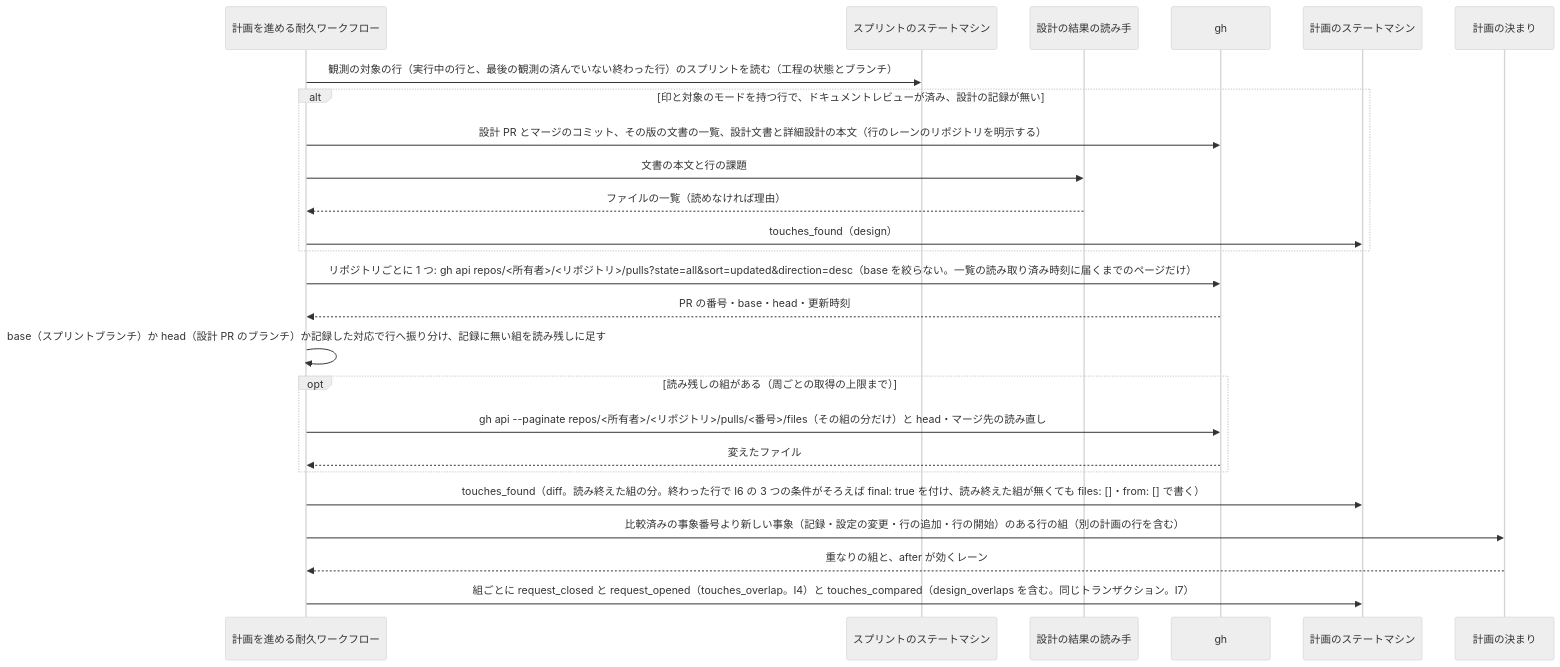
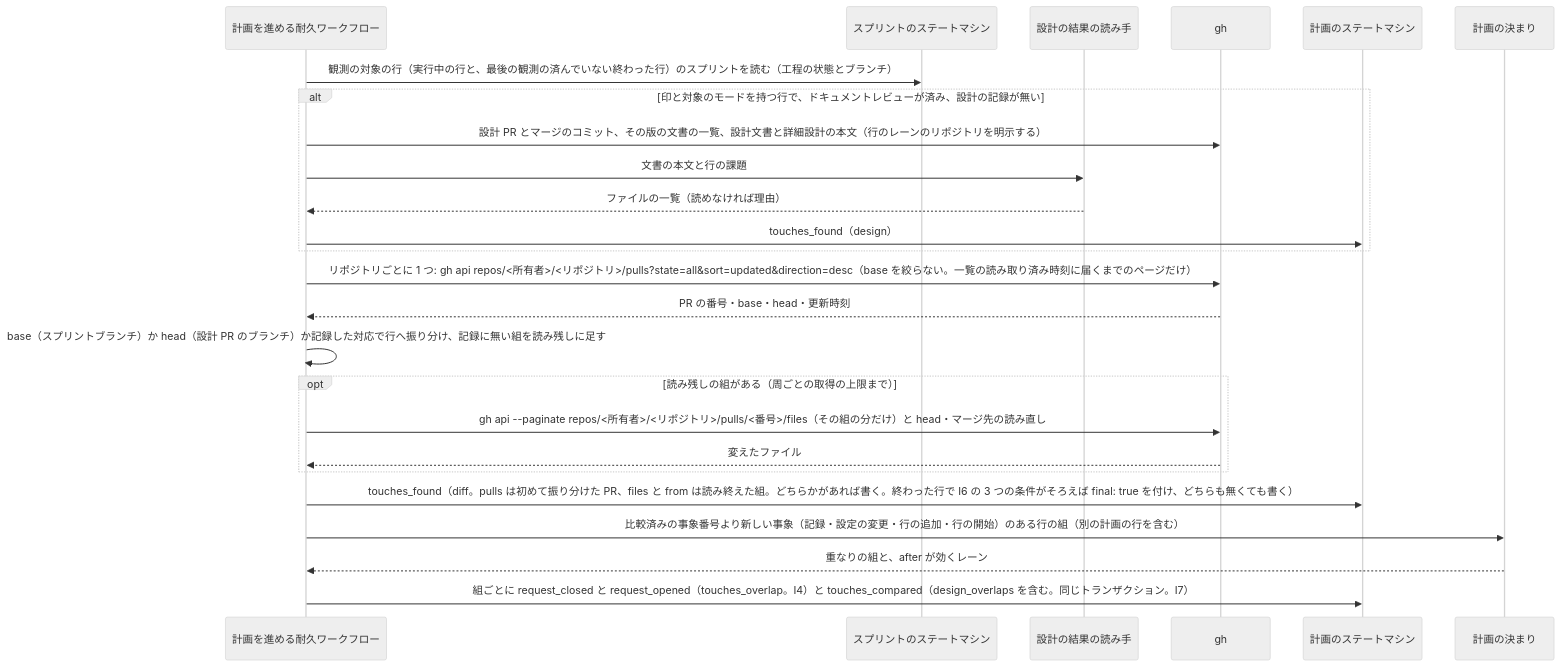
Before and after one commit to devbasex/ai-plugins: the fourth of 5 diagrams in issues/issue-4295-2037-design.md, drawn with Mermaid (neutral theme). The commit also changed other lines of this file and 1 other file, not shown here.

````diff
--- a/issues/issue-4295-2037-design.md
+++ b/issues/issue-4295-2037-design.md
@@ -376,27 +378,27 @@
 ```mermaid
 sequenceDiagram
     participant RUN as 計画を進める耐久ワークフロー
     participant SP as スプリントのステートマシン
     participant DR as 設計の結果の読み手
     participant GH as gh
     participant PL as 計画のステートマシン
     participant RU as 計画の決まり
     RUN->>SP: 観測の対象の行（実行中の行と、最後の観測の済んでいない終わった行）のスプリントを読む（工程の状態とブランチ）
     alt 印と対象のモードを持つ行で、ドキュメントレビューが済み、設計の記録が無い
         RUN->>GH: 設計 PR とマージのコミット、その版の文書の一覧、設計文書と詳細設計の本文（行のレーンのリポジトリを明示する）
         RUN->>DR: 文書の本文と行の課題
         DR-->>RUN: ファイルの一覧（読めなければ理由）
         RUN->>PL: touches_found（design）
     end
     RUN->>GH: リポジトリごとに 1 つ: gh api repos/<所有者>/<リポジトリ>/pulls?state=all&sort=updated&direction=desc（base を絞らない。一覧の読み取り済み時刻に届くまでのページだけ）
     GH-->>RUN: PR の番号・base・head・更新時刻
     RUN->>RUN: base（スプリントブランチ）か head（設計 PR のブランチ）か記録した対応で行へ振り分け、記録に無い組を読み残しに足す
     opt 読み残しの組がある（周ごとの取得の上限まで）
         RUN->>GH: gh api --paginate repos/<所有者>/<リポジトリ>/pulls/<番号>/files（その組の分だけ）と head・マージ先の読み直し
         GH-->>RUN: 変えたファイル
     end
-    RUN->>PL: touches_found（diff。読み終えた組の分。終わった行で I6 の 3 つの条件がそろえば final: true を付け、読み終えた組が無くても files: []・from: [] で書く）
+    RUN->>PL: touches_found（diff。pulls は初めて振り分けた PR、files と from は読み終えた組。どちらかがあれば書く。終わった行で I6 の 3 つの条件がそろえば final: true を付け、どちらも無くても書く）
     RUN->>RU: 比較済みの事象番号より新しい事象（記録・設定の変更・行の追加・行の開始）のある行の組（別の計画の行を含む）
     RU-->>RUN: 重なりの組と、after が効くレーン
     RUN->>PL: 組ごとに request_closed と request_opened（touches_overlap。I4）と touches_compared（design_overlaps を含む。同じトランザクション。I7）
 ```
````
